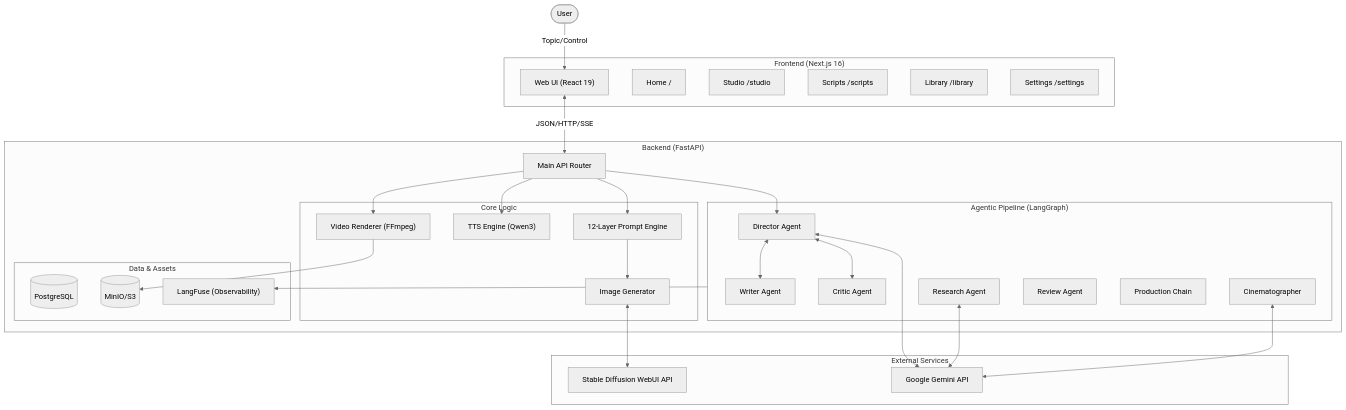
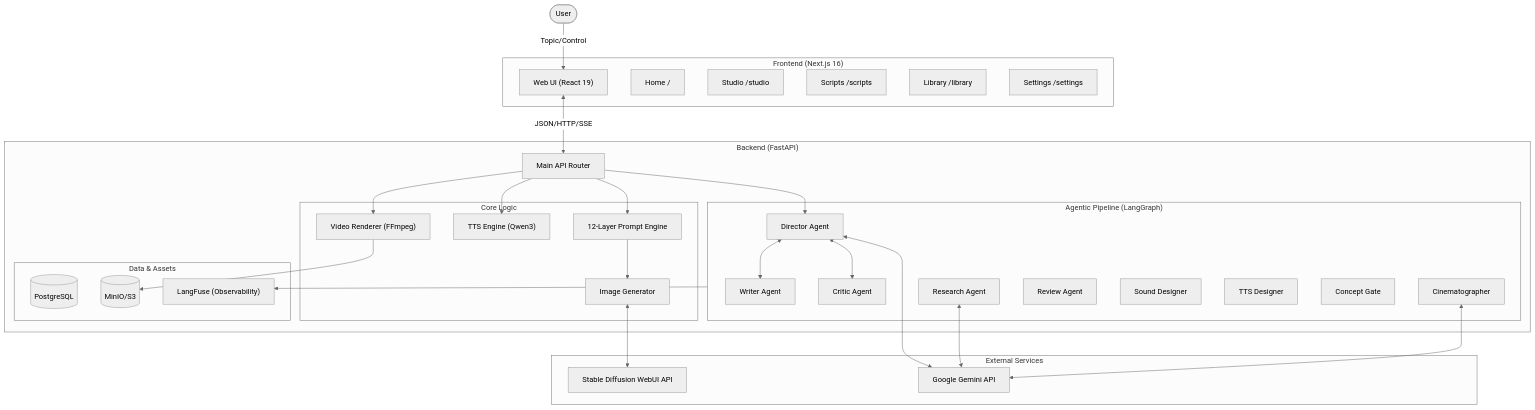
The diagram in README.md (tomo-playground/sdd-orchestrator), drawn with Mermaid (neutral theme) before and after one commit. The commit also changed other lines of this file and 4 other files, not shown here.

````diff
--- a/README.md
+++ b/README.md
@@ -9,65 +9,67 @@
 ```mermaid
 graph TD
     User([User])
 
     subgraph Frontend ["Frontend (Next.js 16)"]
         UI["Web UI (React 19)"]
         Home["Home /"]
         Studio["Studio /studio"]
         Scripts["Scripts /scripts"]
         Library["Library /library"]
         Settings["Settings /settings"]
     end
 
     subgraph Backend ["Backend (FastAPI)"]
         API["Main API Router"]
 
         subgraph Agent ["Agentic Pipeline (LangGraph)"]
             Director["Director Agent"]
             Writer["Writer Agent"]
             Critic["Critic Agent"]
             Research["Research Agent"]
             Cinematographer["Cinematographer"]
             Review["Review Agent"]
-            Production["Production Chain"]
+            SoundDesigner["Sound Designer"]
+            TTSDesigner["TTS Designer"]
+            ConceptGate["Concept Gate"]
         end
 
         subgraph Logic ["Core Logic"]
             PromptEng["12-Layer Prompt Engine"]
             GenImg["Image Generator"]
             TTS["TTS Engine (Qwen3)"]
             Renderer["Video Renderer (FFmpeg)"]
         end
 
         subgraph Data ["Data & Assets"]
             DB[("PostgreSQL")]
             Storage[("MinIO/S3")]
             LangFuse["LangFuse (Observability)"]
         end
     end
 
     subgraph External ["External Services"]
         SD_API["Stable Diffusion WebUI API"]
         Gemini_API["Google Gemini API"]
     end
 
     User -->|Topic/Control| UI
     UI <-->|JSON/HTTP/SSE| API
 
     API --> Director
     Director <--> Writer
     Director <--> Critic
     Director <--> Gemini_API
     Research <--> Gemini_API
     Cinematographer <--> Gemini_API
 
     API --> PromptEng
     PromptEng --> GenImg
     GenImg <--> SD_API
 
     API --> TTS
     API --> Renderer
 
     Renderer --> Storage
     Agent --> LangFuse
 ```
````
